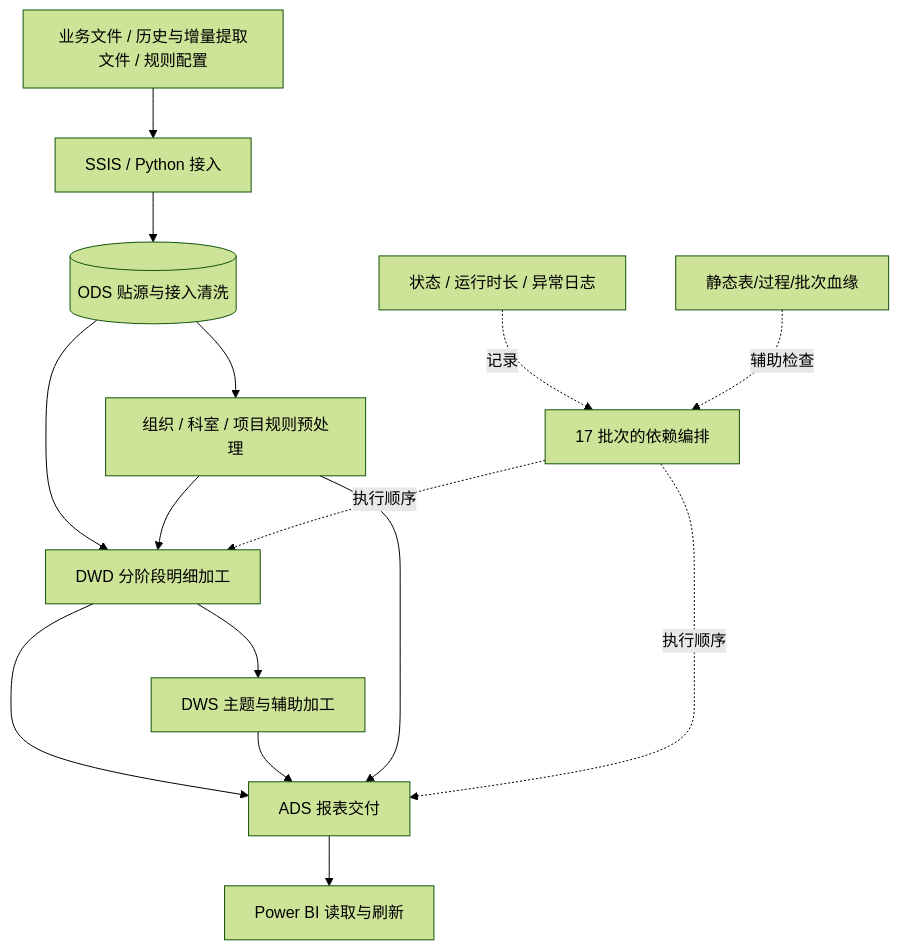
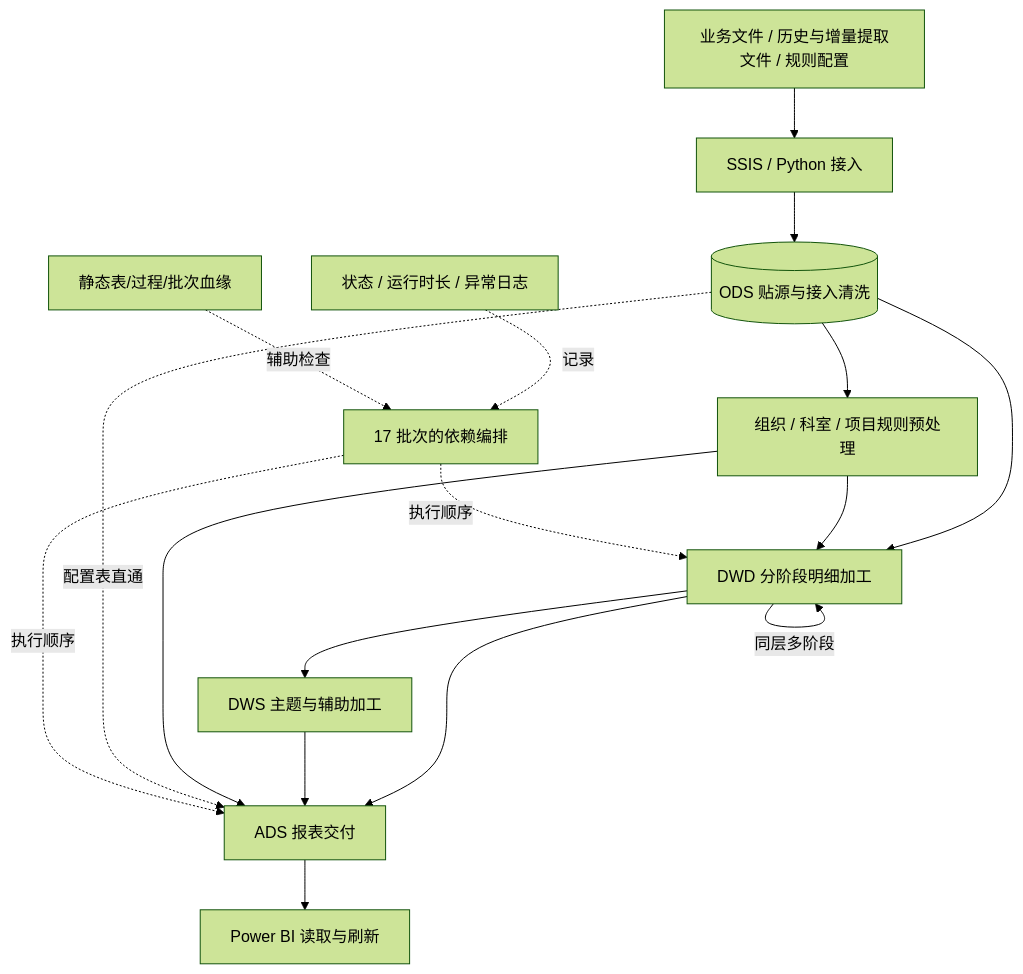
Before and after one commit to wyu215005/bi-warehouse-migration-case-study: the diagram in docs/03-etl-lineage-and-operations.md, drawn with Mermaid (forest theme). The commit also changed other lines of this file and 6 other files, not shown here.

First line of the commit message:
审核修订：泛化内部代号、补齐架构图非标准路径、补入实测技术事实

````diff
--- a/docs/03-etl-lineage-and-operations.md
+++ b/docs/03-etl-lineage-and-operations.md
@@ -16,18 +16,20 @@
 ```mermaid
 flowchart TB
     SRC[业务文件 / 历史与增量提取文件 / 规则配置]
     SRC --> ING[SSIS / Python 接入]
     ING --> ODS[(ODS 贴源与接入清洗)]
     ODS --> W[组织 / 科室 / 项目规则预处理]
     ODS --> DWD[DWD 分阶段明细加工]
     W --> DWD
     DWD --> DWS[DWS 主题与辅助加工]
     DWD --> ADS[ADS 报表交付]
     DWS --> ADS
     W --> ADS
+    ODS -.配置表直通.-> ADS
+    DWD -->|同层多阶段| DWD
     ADS --> BI[Power BI 读取与刷新]
     SCH[17 批次的依赖编排] -.执行顺序.-> DWD
     SCH -.执行顺序.-> ADS
     LOG[状态 / 运行时长 / 异常日志] -.记录.-> SCH
     LIN[静态表/过程/批次血缘] -.辅助检查.-> SCH
 ```
````
